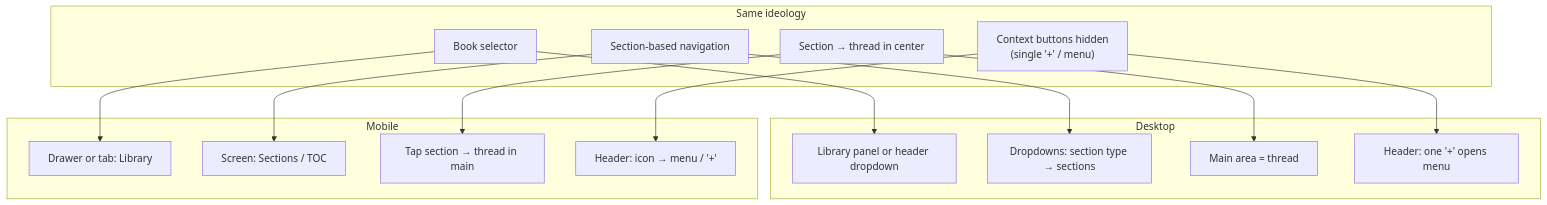
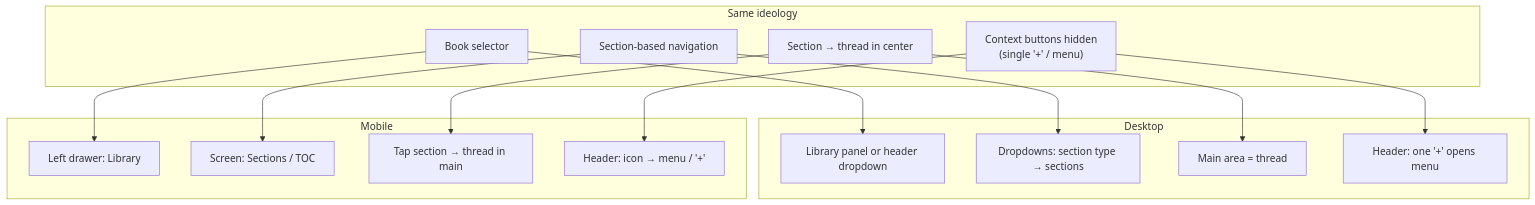
Before and after one commit to Oginsky-Alexandr/Litlens: the fourth of 4 diagrams in docs/UX-IDEOLOGY.md, drawn with Mermaid. The commit also changed other lines of this file and 6 other files, not shown here.

First line of the commit message:
feat: finalize mobile-first journey, chat, and library drawer UX

````diff
--- a/docs/UX-IDEOLOGY.md
+++ b/docs/UX-IDEOLOGY.md
@@ -89,32 +89,32 @@
 ```mermaid
 flowchart TB
   subgraph ideology["Same ideology"]
     A["Book selector"]
     B["Section-based navigation"]
     C["Section → thread in center"]
     D["Context buttons hidden\n(single '+' / menu)"]
   end
 
   subgraph desktop["Desktop"]
     D1["Library panel or header dropdown"]
     D2["Dropdowns: section type → sections"]
     D3["Main area = thread"]
     D4["Header: one '+' opens menu"]
   end
 
   subgraph mobile["Mobile"]
-    M1["Drawer or tab: Library"]
+    M1["Left drawer: Library"]
     M2["Screen: Sections / TOC"]
     M3["Tap section → thread in main"]
     M4["Header: icon → menu / '+'"]
   end
 
   A --> D1
   A --> M1
   B --> D2
   B --> M2
   C --> D3
   C --> M3
   D --> D4
   D --> M4
 ```
````
